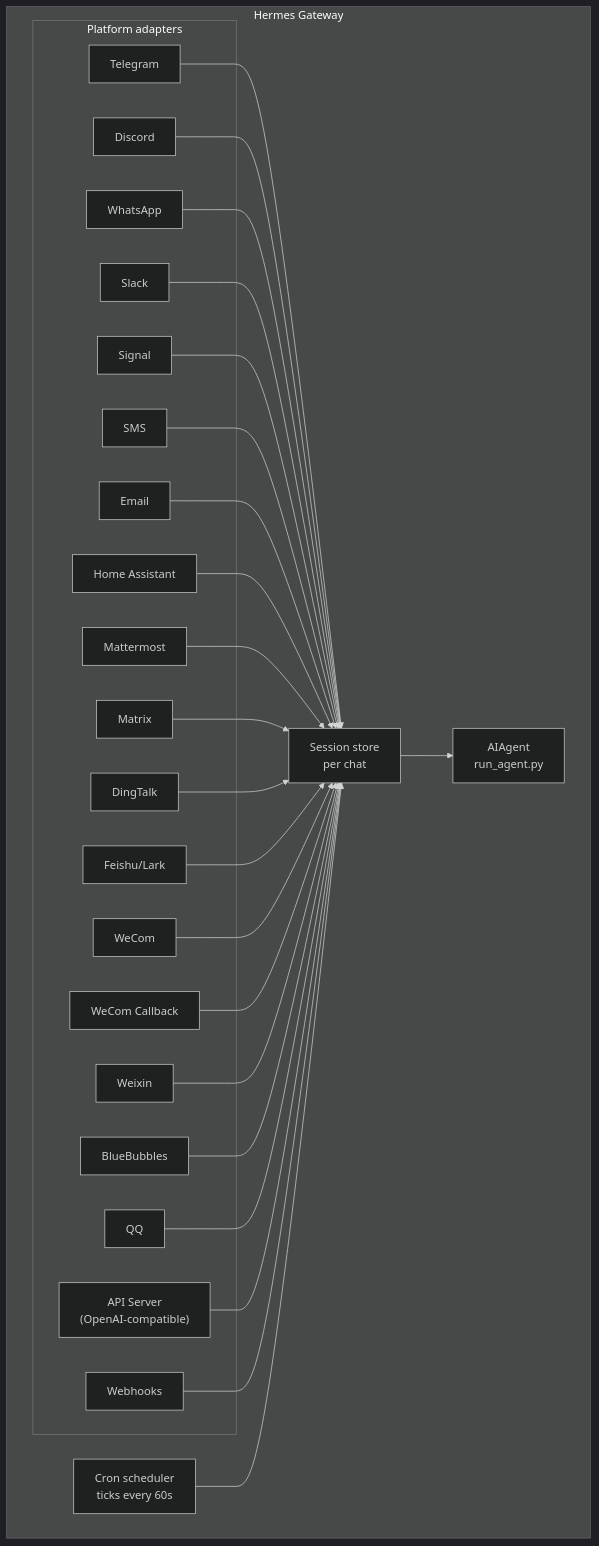
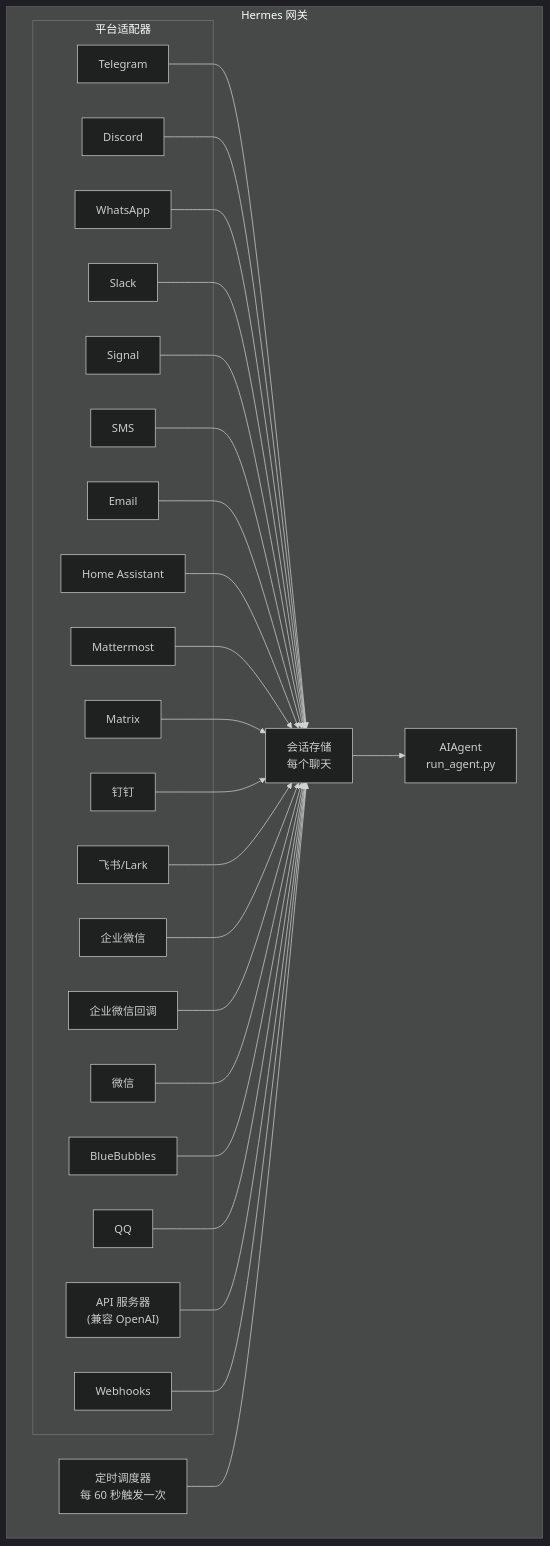
The diagram in website/i18n/zh-Hans/docusaurus-plugin-content-docs/current/user-guide/messaging/index.md (Teemo12345/hermes-agent), drawn with Mermaid (dark theme) before and after one commit. The commit also changed other lines of this file and 54 other files, not shown here.

Commit message:
Translate Weixin (WeChat) documentation to Simplified Chinese and update setup instructions

````diff
--- a/website/i18n/zh-Hans/docusaurus-plugin-content-docs/current/user-guide/messaging/index.md
+++ b/website/i18n/zh-Hans/docusaurus-plugin-content-docs/current/user-guide/messaging/index.md
@@ -39,52 +39,52 @@
 ```mermaid
 flowchart TB
-    subgraph Gateway["Hermes Gateway"]
-        subgraph Adapters["Platform adapters"]
+    subgraph Gateway["Hermes 网关"]
+        subgraph Adapters["平台适配器"]
             tg[Telegram]
             dc[Discord]
             wa[WhatsApp]
             sl[Slack]
             sig[Signal]
             sms[SMS]
             em[Email]
             ha[Home Assistant]
             mm[Mattermost]
             mx[Matrix]
-            dt[DingTalk]
-    fs[Feishu/Lark]
-    wc[WeCom]
-    wcb[WeCom Callback]
-    wx[Weixin]
+            dt[钉钉]
+    fs[飞书/Lark]
+    wc[企业微信]
+    wcb[企业微信回调]
+    wx[微信]
     bb[BlueBubbles]
     qq[QQ]
-            api["API Server<br/>(OpenAI-compatible)"]
+            api["API 服务器<br/>(兼容 OpenAI)"]
             wh[Webhooks]
         end
 
-        store["Session store<br/>per chat"]
+        store["会话存储<br/>每个聊天"]
         agent["AIAgent<br/>run_agent.py"]
-        cron["Cron scheduler<br/>ticks every 60s"]
+        cron["定时调度器<br/>每 60 秒触发一次"]
     end
 
     tg --> store
     dc --> store
     wa --> store
     sl --> store
     sig --> store
     sms --> store
     em --> store
     ha --> store
     mm --> store
     mx --> store
     dt --> store
     fs --> store
     wc --> store
     wcb --> store
     wx --> store
     bb --> store
     qq --> store
     api --> store
     wh --> store
     store --> agent
     cron --> store
 ```
````
